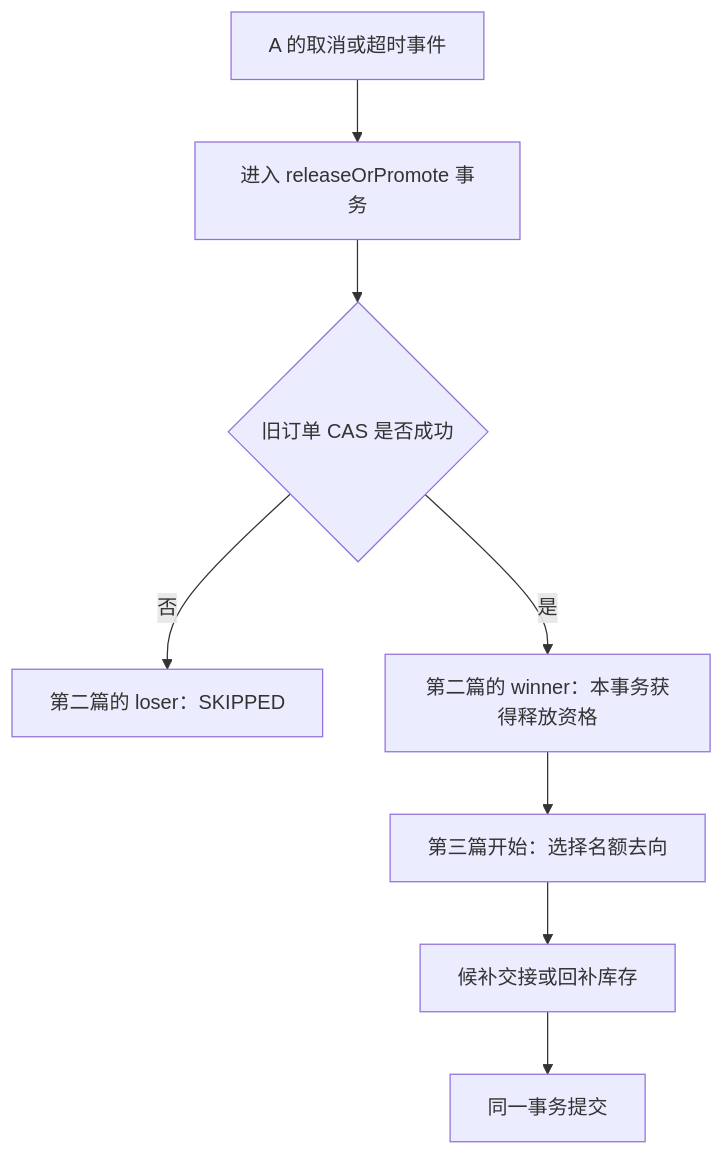
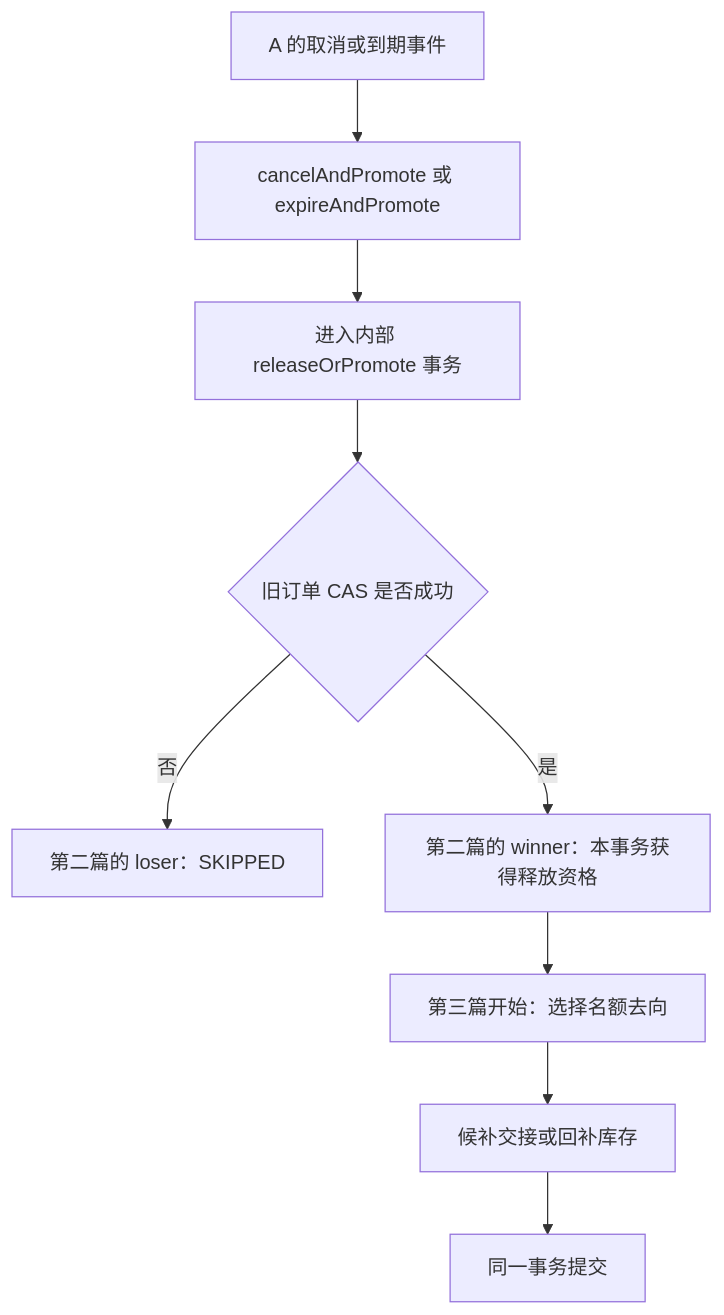
Before and after one commit to SyH-101/citypass-platform: the third of 11 diagrams in 03-候补调度与资源交接.md, drawn with Mermaid. The commit also changed other lines of this file and 1 other file, not shown here.

````diff
--- a/03-候补调度与资源交接.md
+++ b/03-候补调度与资源交接.md
@@ -343,10 +360,11 @@
 ```mermaid
 flowchart TD
-    E[A 的取消或超时事件] --> R[进入 releaseOrPromote 事务]
+    E[A 的取消或到期事件] --> P[cancelAndPromote 或 expireAndPromote]
+    P --> R[进入内部 releaseOrPromote 事务]
     R --> C{旧订单 CAS 是否成功}
     C -->|否| S[第二篇的 loser：SKIPPED]
     C -->|是| W[第二篇的 winner：本事务获得释放资格]
     W --> N[第三篇开始：选择名额去向]
     N --> H[候补交接或回补库存]
     H --> T[同一事务提交]
 ```
````
